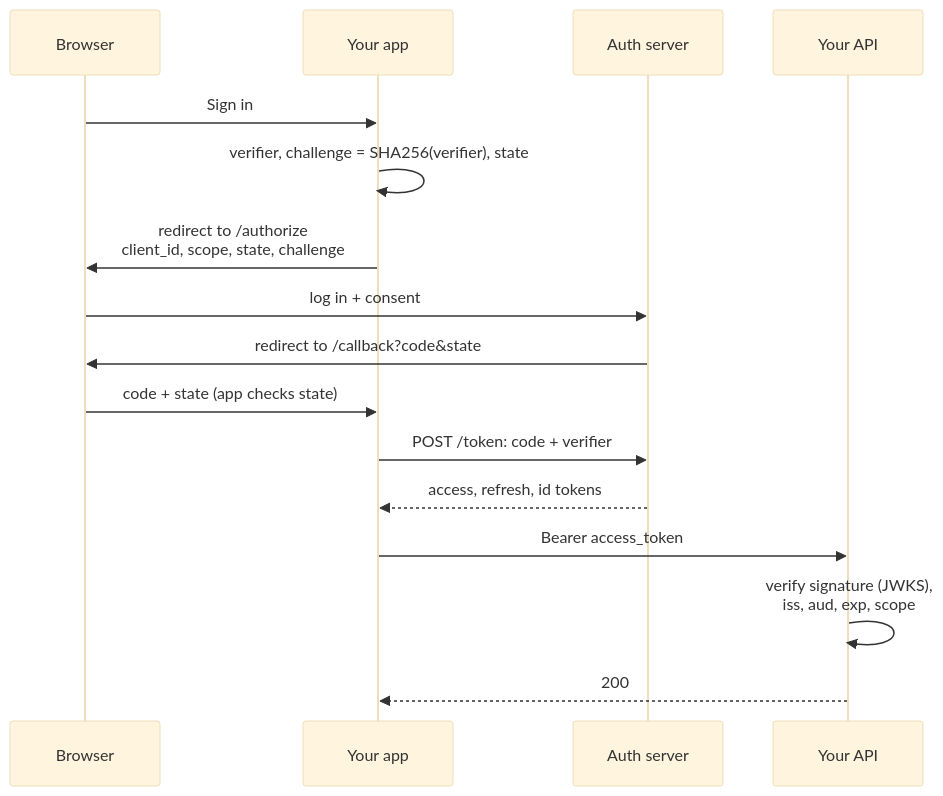
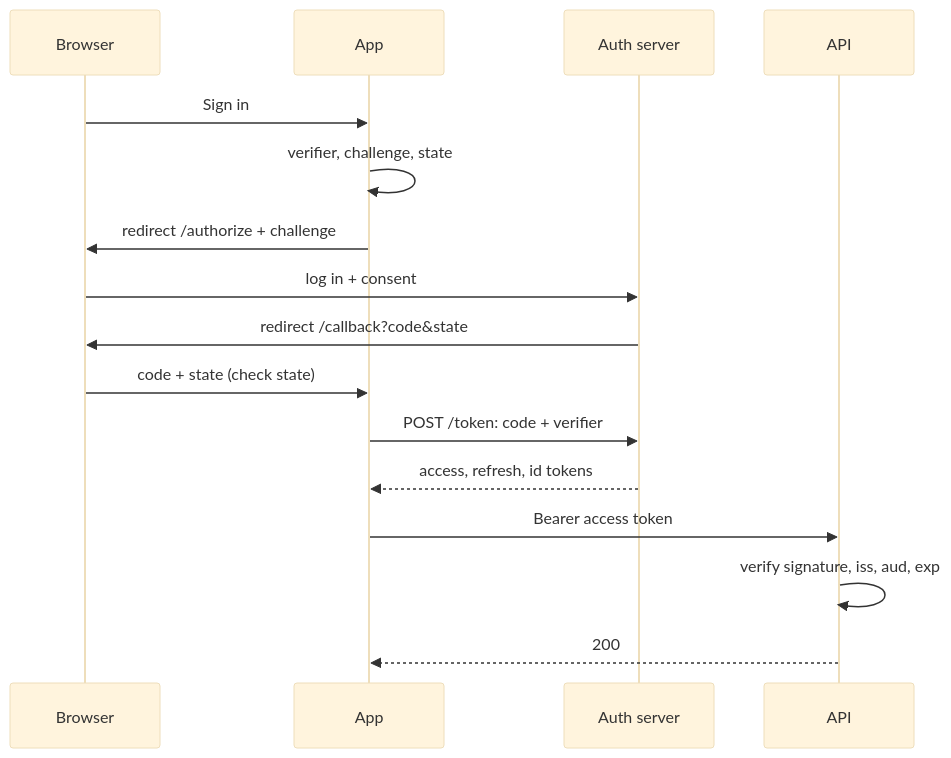
One commit to dhaval-76/engineering-field-guide changed the diagram in src/content/topics/backend/authn-authz/diagrams/oauth-code-pkce.mmd. Above: the diagram before and after it, drawn with Mermaid (base theme). The commit also changed 21 other files, not shown here.

Commit message:
Every diagram now fits a phone: decision flows became DecisionGuides, thread states redrawn, remaining flowcharts narrowed

```diff
--- a/src/content/topics/backend/authn-authz/diagrams/oauth-code-pkce.mmd
+++ b/src/content/topics/backend/authn-authz/diagrams/oauth-code-pkce.mmd
@@ -1,16 +1,16 @@
 sequenceDiagram
   participant U as Browser
-  participant App as Your app
+  participant App as App
   participant AS as Auth server
-  participant API as Your API
+  participant API as API
   U->>App: Sign in
-  App->>App: verifier, challenge = SHA256(verifier), state
-  App->>U: redirect to /authorize<br/>client_id, scope, state, challenge
+  App->>App: verifier, challenge, state
+  App->>U: redirect /authorize + challenge
   U->>AS: log in + consent
-  AS->>U: redirect to /callback?code&state
-  U->>App: code + state (app checks state)
+  AS->>U: redirect /callback?code&state
+  U->>App: code + state (check state)
   App->>AS: POST /token: code + verifier
   AS-->>App: access, refresh, id tokens
-  App->>API: Bearer access_token
-  API->>API: verify signature (JWKS),<br/>iss, aud, exp, scope
+  App->>API: Bearer access token
+  API->>API: verify signature, iss, aud, exp
   API-->>App: 200
```
